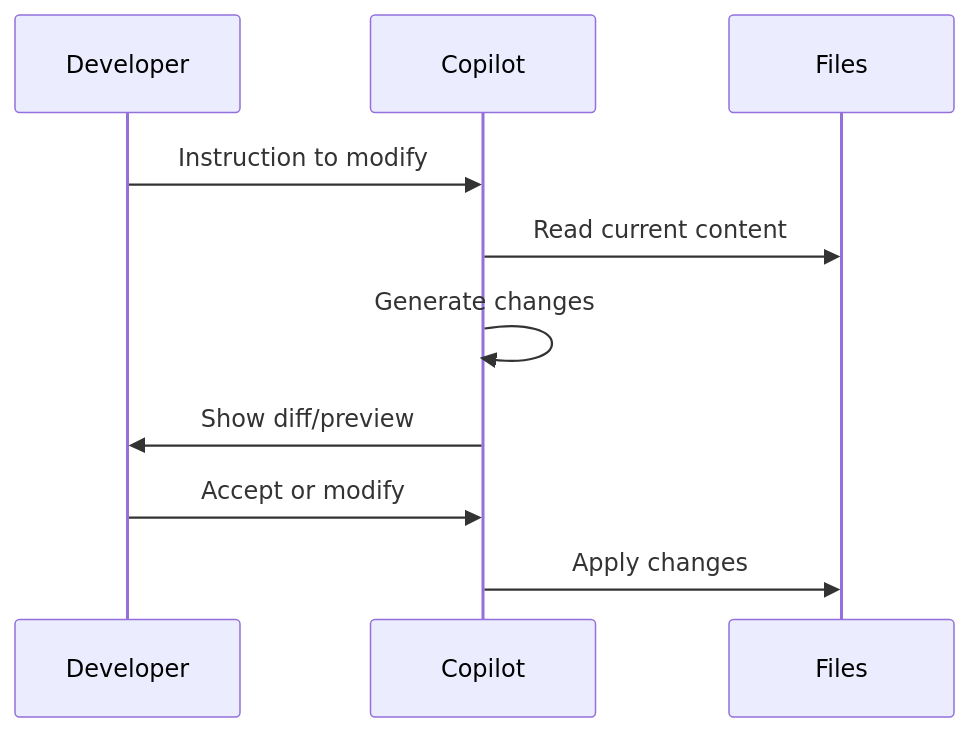
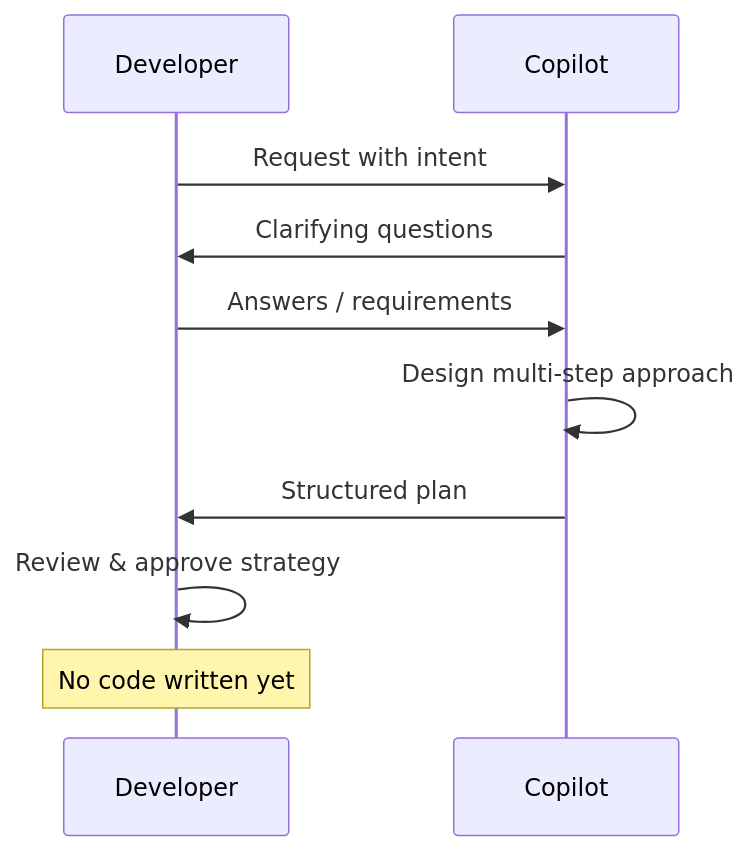
Before and after one commit to centricconsulting/ai-coding-workshop: the fifth of 6 diagrams in docs/design/diagrams/copilot-interaction-models.md, drawn with Mermaid. The commit also changed other lines of this file and 15 other files, not shown here.

First line of the commit message:
docs: replace Edit mode with Plan mode across all workshop content

````diff
--- a/docs/design/diagrams/copilot-interaction-models.md
+++ b/docs/design/diagrams/copilot-interaction-models.md
@@ -115,13 +104,13 @@
 ```mermaid
 sequenceDiagram
     participant D as Developer
     participant C as Copilot
-    participant F as Files
     
-    D->>C: Instruction to modify
-    C->>F: Read current content
-    C->>C: Generate changes
-    C->>D: Show diff/preview
-    D->>C: Accept or modify
-    C->>F: Apply changes
+    D->>C: Request with intent
+    C->>D: Clarifying questions
+    D->>C: Answers / requirements
+    C->>C: Design multi-step approach
+    C->>D: Structured plan
+    D->>D: Review & approve strategy
+    Note over D: No code written yet
 ```
````
